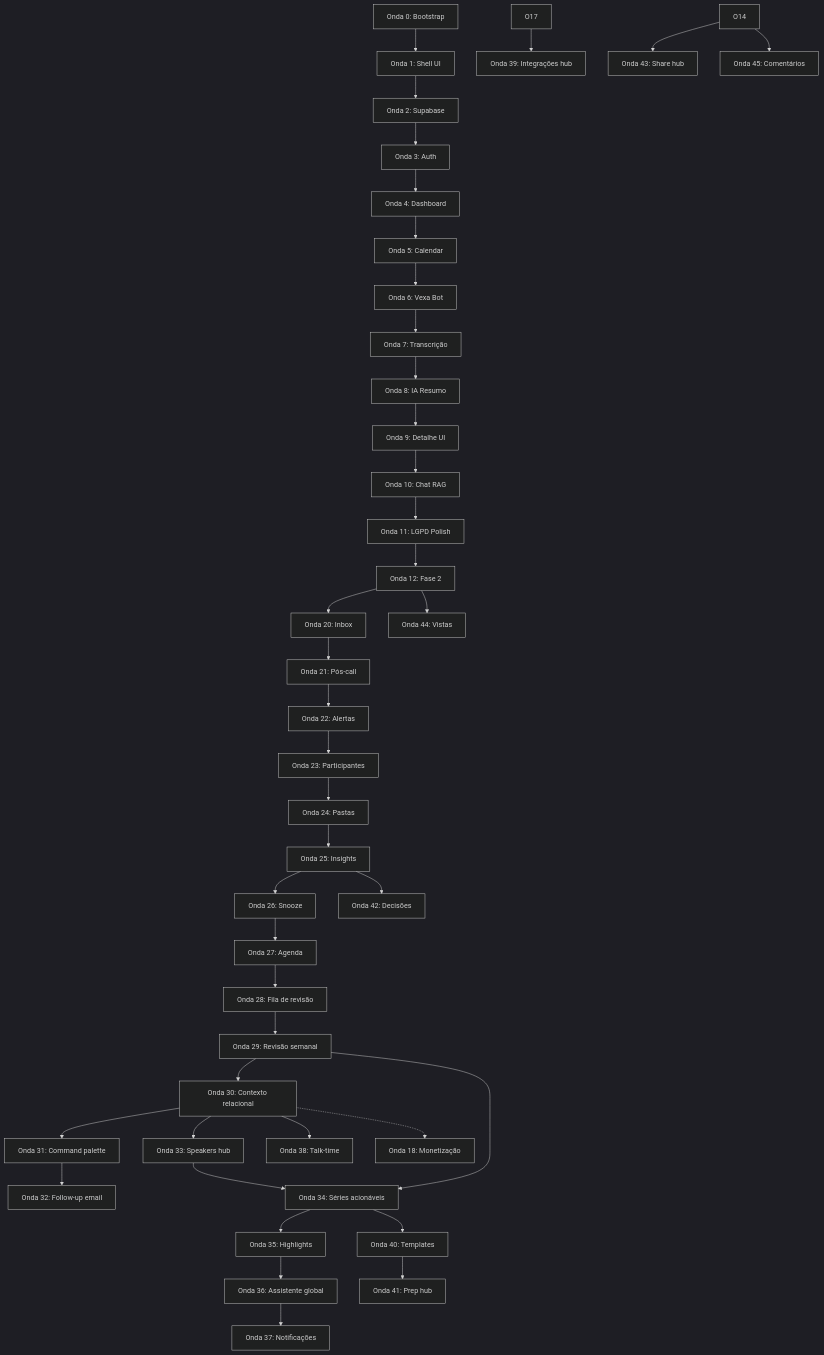
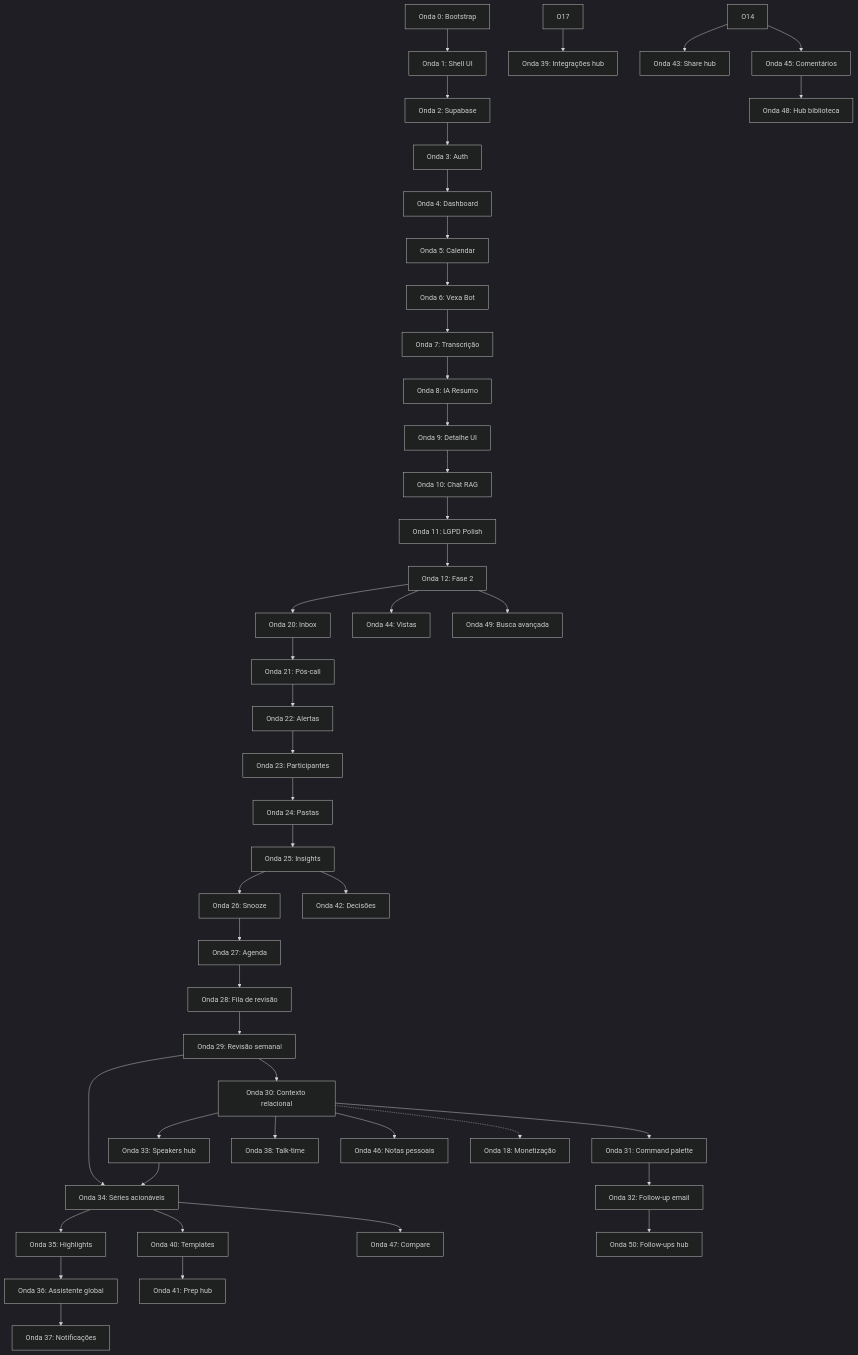
The first of 3 diagrams in implementation-plan.md (solerpedroo/reuniai), drawn with Mermaid (dark theme) before and after one commit. The commit also changed other lines of this file and 1 other file, not shown here.

Commit message:
feat(follow-ups): integra card de pendencias na visao geral

````diff
--- a/implementation-plan.md
+++ b/implementation-plan.md
@@ -122,43 +132,48 @@
 ```mermaid
 flowchart TD
     O0[Onda 0: Bootstrap] --> O1[Onda 1: Shell UI]
     O1 --> O2[Onda 2: Supabase]
     O2 --> O3[Onda 3: Auth]
     O3 --> O4[Onda 4: Dashboard]
     O4 --> O5[Onda 5: Calendar]
     O5 --> O6[Onda 6: Vexa Bot]
     O6 --> O7[Onda 7: Transcrição]
     O7 --> O8[Onda 8: IA Resumo]
     O8 --> O9[Onda 9: Detalhe UI]
     O9 --> O10[Onda 10: Chat RAG]
     O10 --> O11[Onda 11: LGPD Polish]
     O11 --> O12[Onda 12: Fase 2]
     O12 --> O20[Onda 20: Inbox]
     O20 --> O21[Onda 21: Pós-call]
     O21 --> O22[Onda 22: Alertas]
     O22 --> O23[Onda 23: Participantes]
     O23 --> O24[Onda 24: Pastas]
     O24 --> O25[Onda 25: Insights]
     O25 --> O26[Onda 26: Snooze]
     O26 --> O27[Onda 27: Agenda]
     O27 --> O28[Onda 28: Fila de revisão]
     O28 --> O29[Onda 29: Revisão semanal]
     O29 --> O30[Onda 30: Contexto relacional]
     O30 --> O31[Onda 31: Command palette]
     O31 --> O32[Onda 32: Follow-up email]
     O30 --> O33[Onda 33: Speakers hub]
     O29 --> O34[Onda 34: Séries acionáveis]
     O33 --> O34
     O34 --> O35[Onda 35: Highlights]
     O35 --> O36[Onda 36: Assistente global]
     O36 --> O37[Onda 37: Notificações]
     O30 --> O38[Onda 38: Talk-time]
     O17 --> O39[Onda 39: Integrações hub]
     O34 --> O40[Onda 40: Templates]
     O40 --> O41[Onda 41: Prep hub]
     O25 --> O42[Onda 42: Decisões]
     O14 --> O43[Onda 43: Share hub]
     O12 --> O44[Onda 44: Vistas]
     O14 --> O45[Onda 45: Comentários]
+    O30 --> O46[Onda 46: Notas pessoais]
+    O34 --> O47[Onda 47: Compare]
+    O45 --> O48[Onda 48: Hub biblioteca]
+    O12 --> O49[Onda 49: Busca avançada]
+    O32 --> O50[Onda 50: Follow-ups hub]
     O30 -.-> O18[Onda 18: Monetização]
 ```
````
